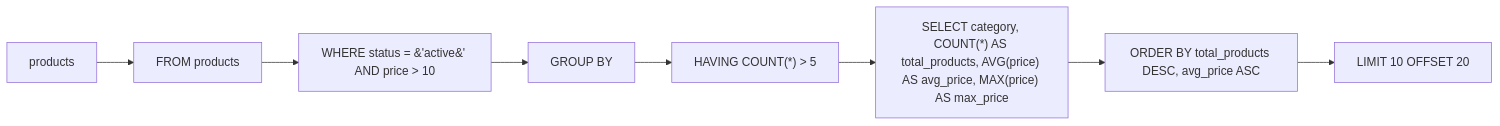
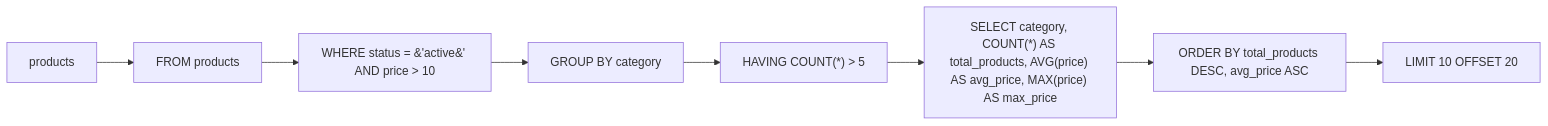
One commit to rot1024/sqloflow changed the diagram in examples/complex_query.mmd. Above: the diagram before and after it, drawn with Mermaid. The commit also changed 41 other files, not shown here.

```diff
--- a/examples/complex_query.mmd
+++ b/examples/complex_query.mmd
@@ -1,16 +1,16 @@
 flowchart LR
     node_0[products]
     node_1[FROM products]
     node_2["WHERE status = &#39;active&#39; AND price &gt; 10"]
-    node_3[GROUP BY]
+    node_3["GROUP BY category"]
     node_4["HAVING COUNT(*) &gt; 5"]
     node_5["SELECT category, COUNT(*) AS total_products, AVG(price) AS avg_price, MAX(price) AS max_price"]
     node_6["ORDER BY total_products DESC, avg_price ASC"]
     node_7["LIMIT 10 OFFSET 20"]
     node_0 --> node_1
     node_1 --> node_2
     node_2 --> node_3
     node_3 --> node_4
     node_4 --> node_5
     node_5 --> node_6
     node_6 --> node_7
```
